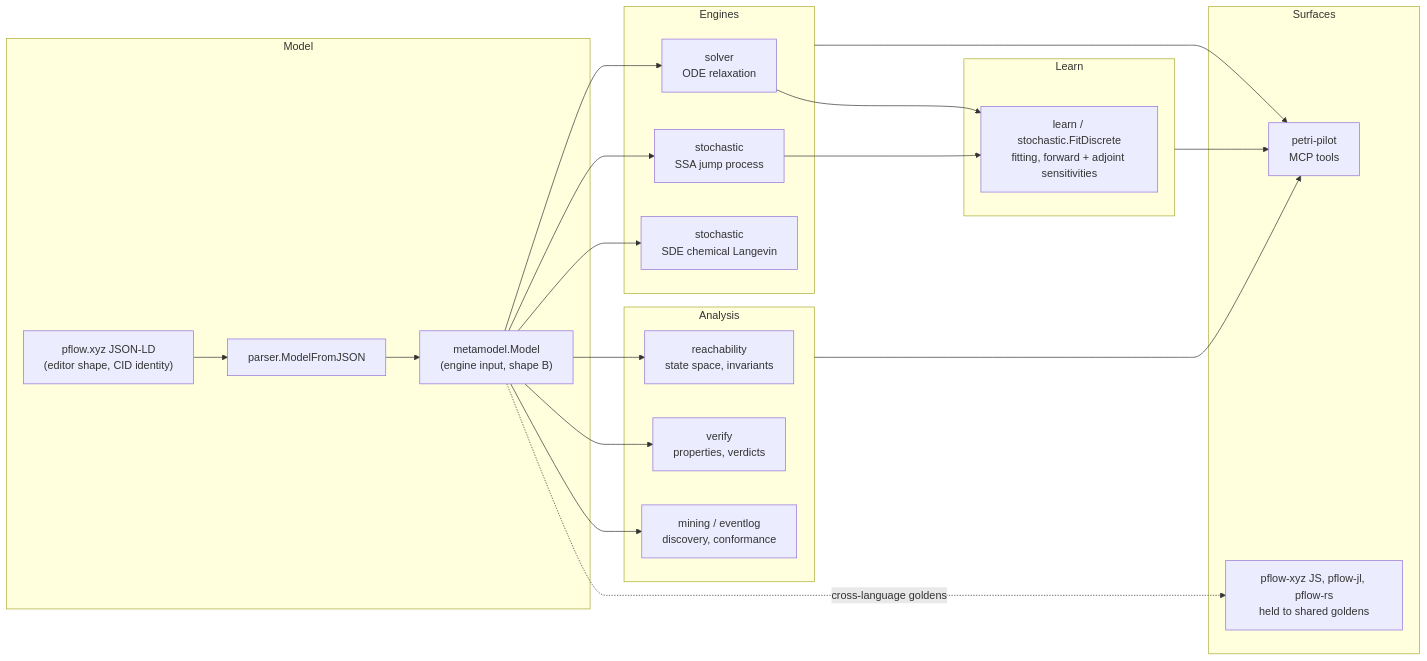
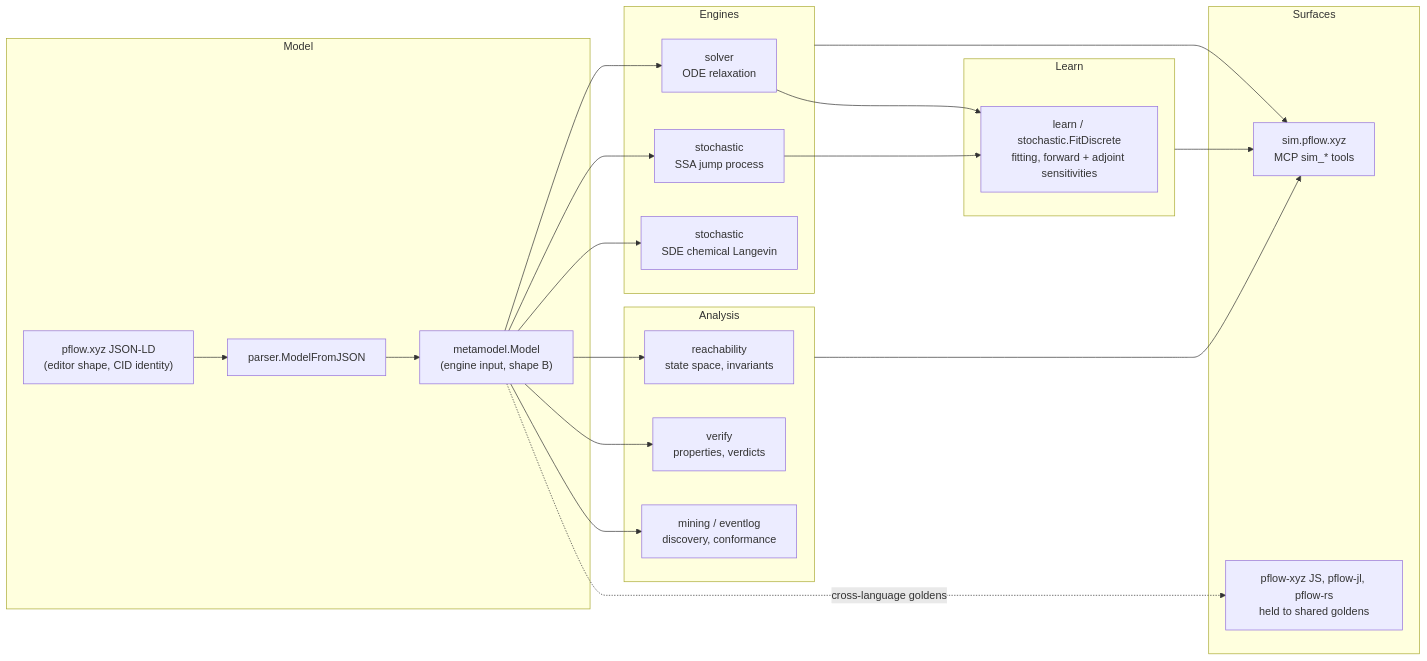
One commit to pflow-xyz/go-pflow changed the diagram in README.md. Above: the diagram before and after it, drawn with Mermaid. The commit also changed other lines of this file and 34 other files, not shown here.

First line of the commit message:
Scrub petri-pilot references (now sim.pflow.xyz)

````diff
--- a/README.md
+++ b/README.md
@@ -52,31 +52,31 @@
 ```mermaid
 flowchart LR
     subgraph model [Model]
         JSONLD["pflow.xyz JSON-LD<br/>(editor shape, CID identity)"]
         P["parser.ModelFromJSON"]
         MM["metamodel.Model<br/>(engine input, shape B)"]
         JSONLD --> P --> MM
     end
     subgraph engines [Engines]
         ODE["solver<br/>ODE relaxation"]
         SSA["stochastic<br/>SSA jump process"]
         SDE["stochastic<br/>SDE chemical Langevin"]
     end
     subgraph learn [Learn]
         FIT["learn / stochastic.FitDiscrete<br/>fitting, forward + adjoint sensitivities"]
     end
     subgraph analysis [Analysis]
         R["reachability<br/>state space, invariants"]
         V["verify<br/>properties, verdicts"]
         M["mining / eventlog<br/>discovery, conformance"]
     end
     subgraph surfaces [Surfaces]
-        PILOT["petri-pilot<br/>MCP tools"]
+        SIM["sim.pflow.xyz<br/>MCP sim_* tools"]
         PORTS["pflow-xyz JS, pflow-jl, pflow-rs<br/>held to shared goldens"]
     end
     MM --> ODE & SSA & SDE
     ODE & SSA --> FIT
     MM --> R & V & M
-    engines & learn & analysis --> PILOT
+    engines & learn & analysis --> SIM
     MM -. "cross-language goldens" .-> PORTS
 ```
````
